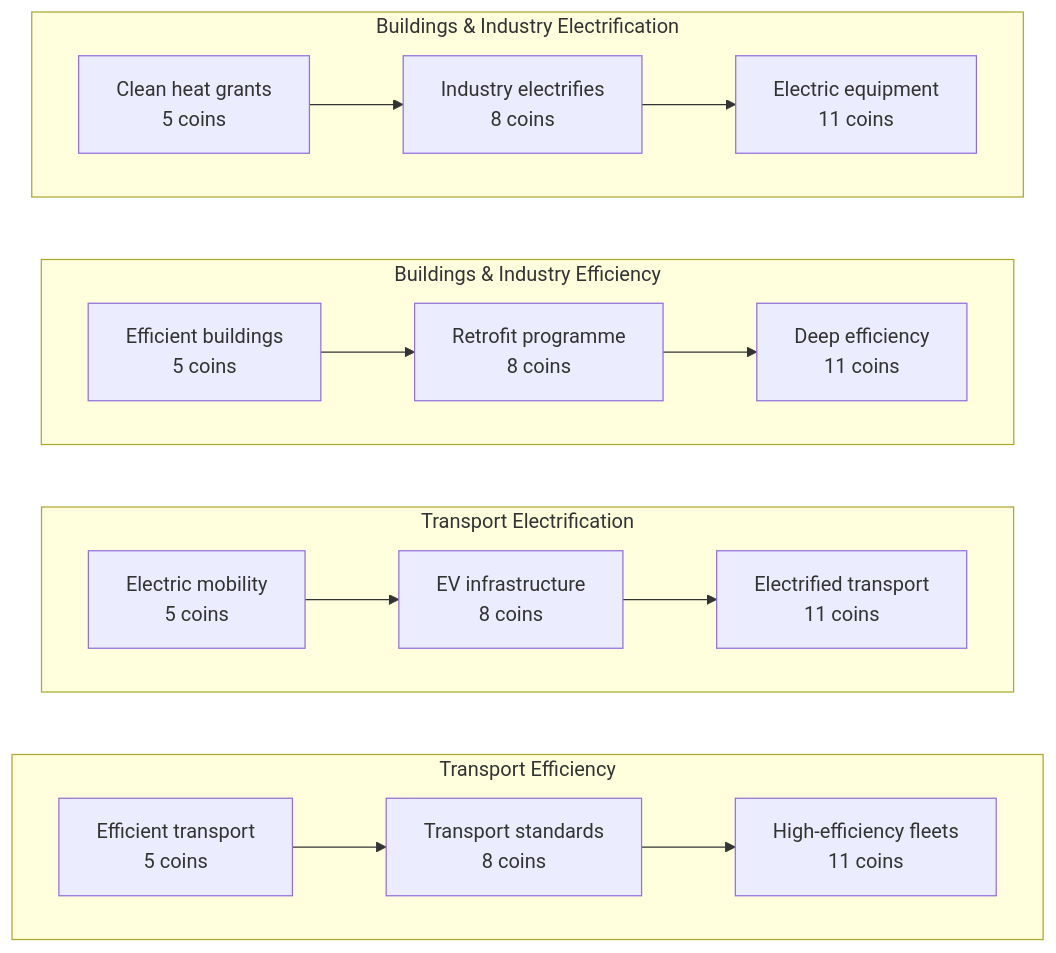
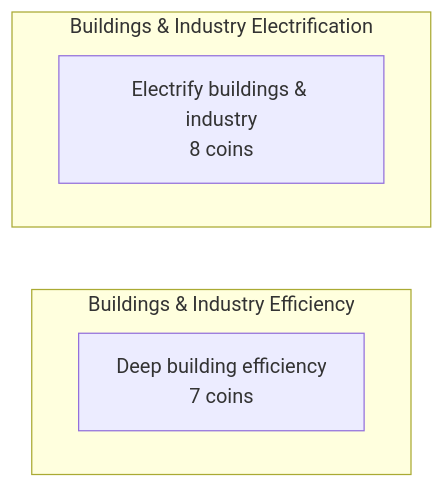
One commit to A-Weedy-Place/APECS_card-game changed the fourth of 9 diagrams in public/card-guide.md. Above: the diagram before and after it, drawn with Mermaid. The commit also changed other lines of this file and 43 other files, not shown here.

````diff
--- a/public/card-guide.md
+++ b/public/card-guide.md
@@ -176,35 +129,11 @@
 ```mermaid
 flowchart LR
-  subgraph path_transport_efficiency["Transport Efficiency"]
+  subgraph buildings_efficiency["Buildings &amp; Industry Efficiency"]
     direction LR
-    transport_efficiency_main_1["Efficient transport<br/>5 coins"]
-    transport_efficiency_main_2["Transport standards<br/>8 coins"]
-    transport_efficiency_main_3["High-efficiency fleets<br/>11 coins"]
-    transport_efficiency_main_1 --> transport_efficiency_main_2
-    transport_efficiency_main_2 --> transport_efficiency_main_3
+    buildings_efficiency_v11_1["Deep building efficiency<br/>7 coins"]
   end
-  subgraph path_transport_electric["Transport Electrification"]
+  subgraph buildings_electric["Buildings &amp; Industry Electrification"]
     direction LR
-    transport_electric_main_1["Electric mobility<br/>5 coins"]
-    transport_electric_main_2["EV infrastructure<br/>8 coins"]
-    transport_electric_main_3["Electrified transport<br/>11 coins"]
-    transport_electric_main_1 --> transport_electric_main_2
-    transport_electric_main_2 --> transport_electric_main_3
-  end
-  subgraph path_buildings_efficiency["Buildings &amp; Industry Efficiency"]
-    direction LR
-    buildings_efficiency_main_1["Efficient buildings<br/>5 coins"]
-    buildings_efficiency_main_2["Retrofit programme<br/>8 coins"]
-    buildings_efficiency_main_3["Deep efficiency<br/>11 coins"]
-    buildings_efficiency_main_1 --> buildings_efficiency_main_2
-    buildings_efficiency_main_2 --> buildings_efficiency_main_3
-  end
-  subgraph path_buildings_electric["Buildings &amp; Industry Electrification"]
-    direction LR
-    buildings_electric_main_1["Clean heat grants<br/>5 coins"]
-    buildings_electric_main_2["Industry electrifies<br/>8 coins"]
-    buildings_electric_main_3["Electric equipment<br/>11 coins"]
-    buildings_electric_main_1 --> buildings_electric_main_2
-    buildings_electric_main_2 --> buildings_electric_main_3
+    buildings_electric_v11_1["Electrify buildings &amp; industry<br/>8 coins"]
   end
 ```
````
